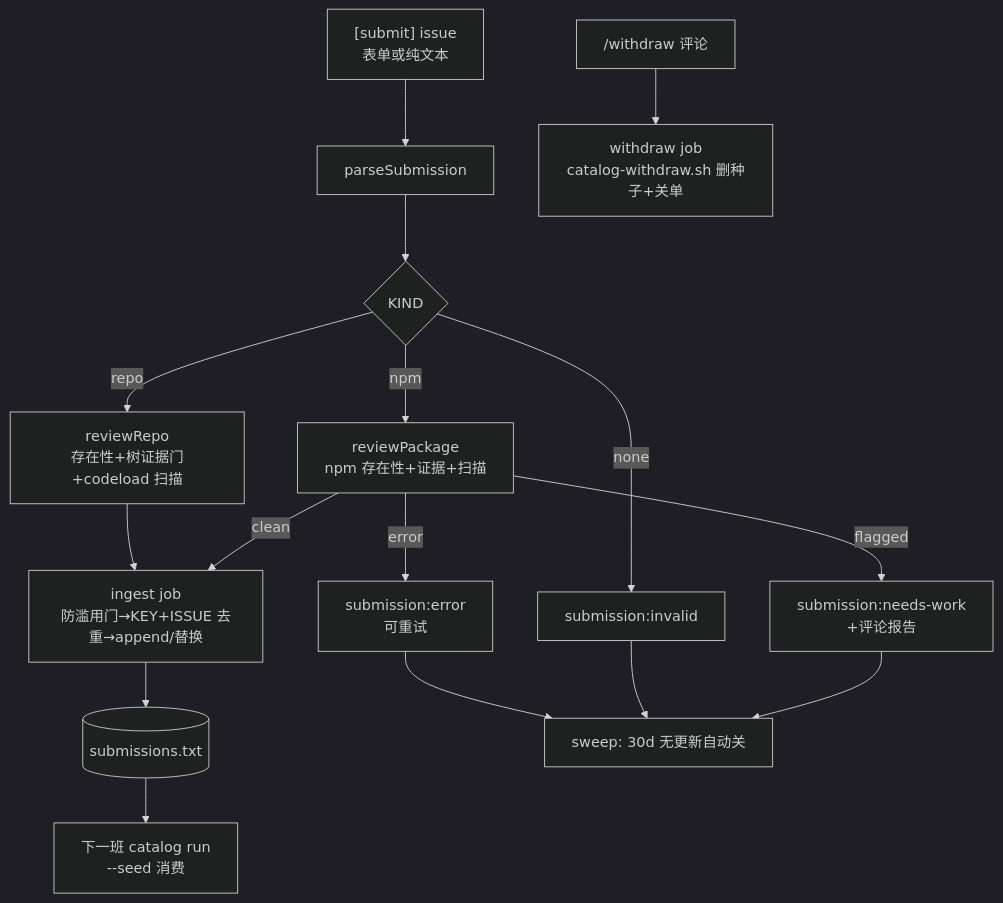
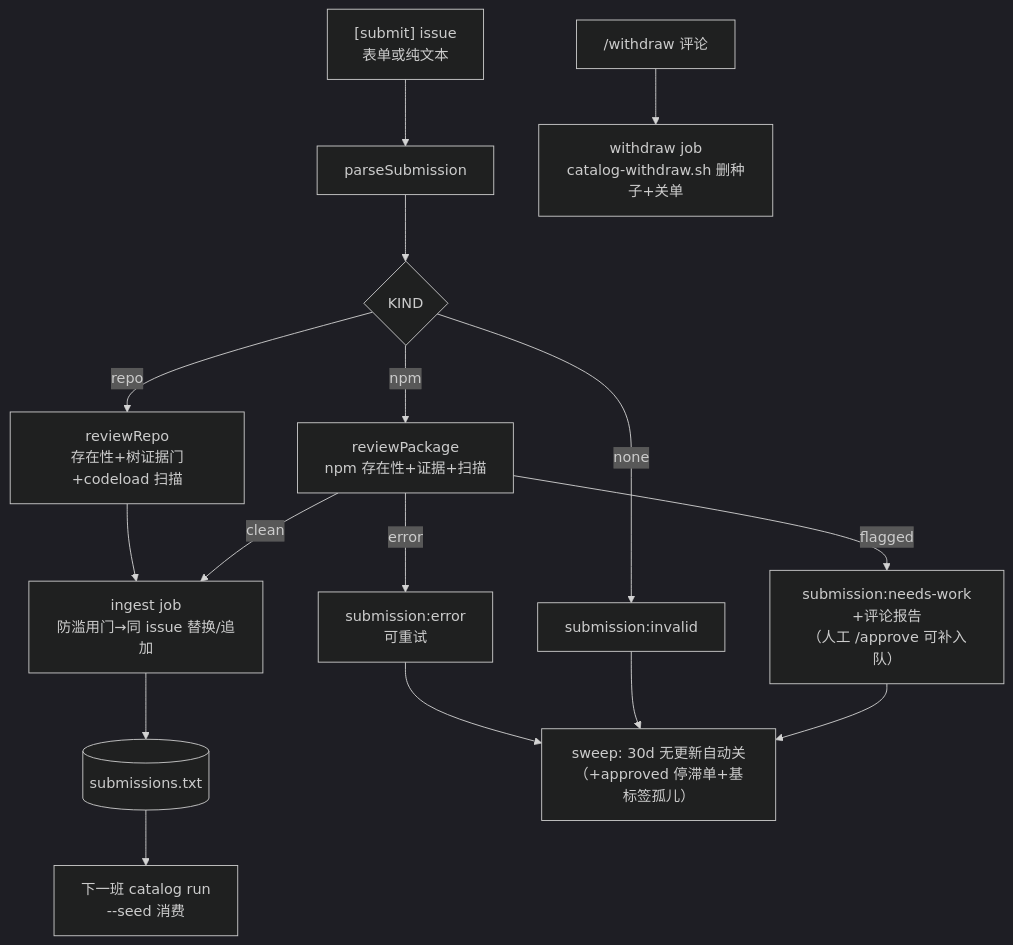
Before and after one commit to awesome-market/awesome-opencode-market: the third of 11 diagrams in docs/DATA-FLOWS.md, drawn with Mermaid (dark theme). The commit also changed other lines of this file and 16 other files, not shown here.

First line of the commit message:
fix(submit): submission-flow audit — S-1…S-13 full batch + notify links + withdraw retraction

````diff
--- a/docs/DATA-FLOWS.md
+++ b/docs/DATA-FLOWS.md
@@ -386,16 +392,16 @@
 ```mermaid
 flowchart TB
   ISS["[submit] issue<br/>表单或纯文本"] --> PA["parseSubmission"]
   PA --> K{"KIND"}
   K -->|"npm"| RV["reviewPackage<br/>npm 存在性+证据+扫描"]
   K -->|"repo"| RR["reviewRepo<br/>存在性+树证据门+codeload 扫描"]
   K -->|"none"| INV["submission:invalid"]
-  RV -->|"clean"| ING["ingest job<br/>防滥用门→KEY+ISSUE 去重→append/替换"]
+  RV -->|"clean"| ING["ingest job<br/>防滥用门→同 issue 替换/追加"]
   RR --> ING
-  RV -->|"flagged"| NW["submission:needs-work<br/>+评论报告"]
+  RV -->|"flagged"| NW["submission:needs-work<br/>+评论报告<br/>（人工 /approve 可补入队）"]
   RV -->|"error"| ER["submission:error<br/>可重试"]
   ING --> SL[("submissions.txt")]
   SL --> CAT["下一班 catalog run<br/>--seed 消费"]
-  NW & INV & ER --> SW["sweep: 30d 无更新自动关"]
+  NW & INV & ER --> SW["sweep: 30d 无更新自动关<br/>（+approved 停滞单+基标签孤儿）"]
   CMT["/withdraw 评论"] --> WD["withdraw job<br/>catalog-withdraw.sh 删种子+关单"]
 ```
````
